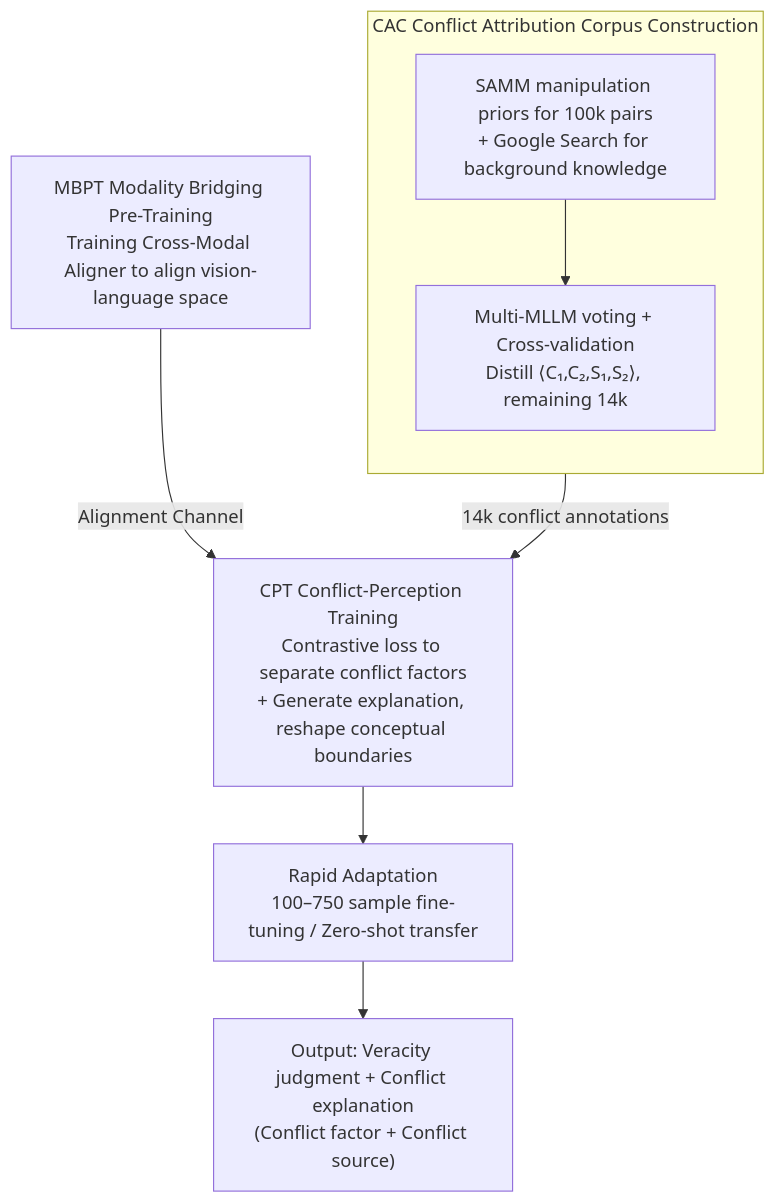
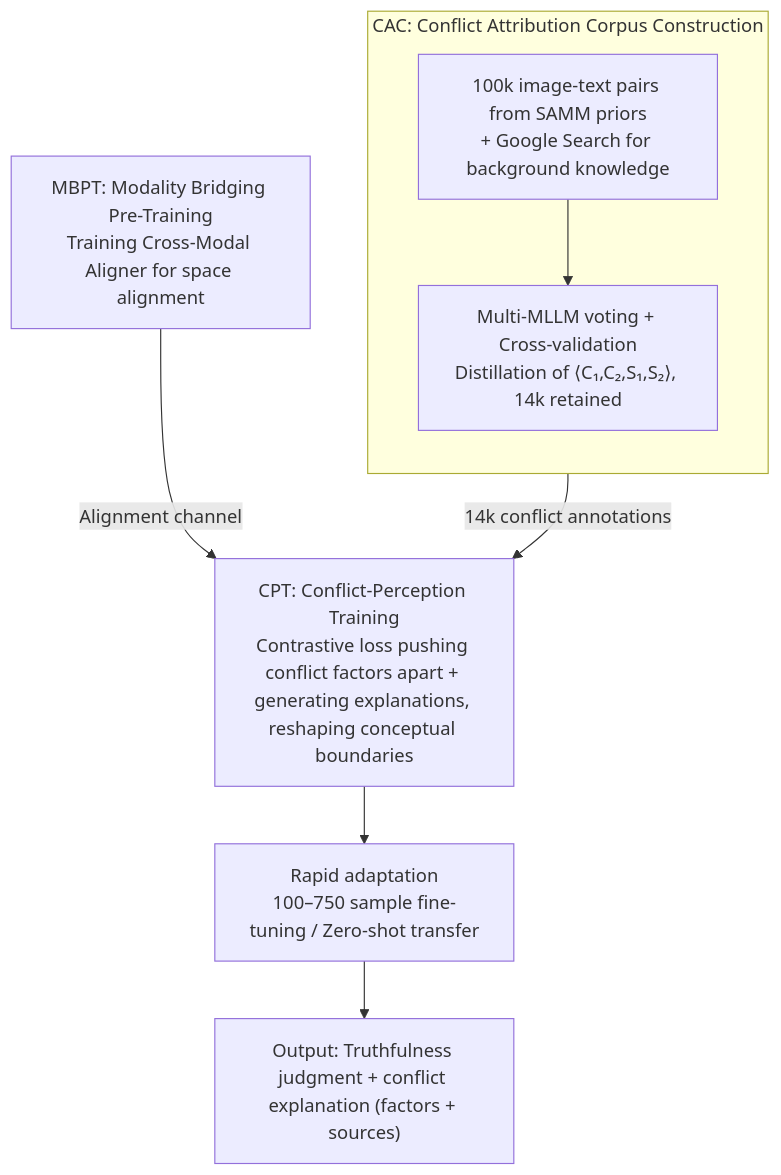
Before and after one commit to zhaoyang97/Paper-Notes-en: the diagram in docs/ICML2026/aigc_detection/core_conflict-oriented_reasoning_for_general_multimodal_manipulation_detection.md, drawn with Mermaid. The commit also changed other lines of this file and 5084 other files, not shown here.

````diff
--- a/docs/ICML2026/aigc_detection/core_conflict-oriented_reasoning_for_general_multimodal_manipulation_detection.md
+++ b/docs/ICML2026/aigc_detection/core_conflict-oriented_reasoning_for_general_multimodal_manipulation_detection.md
@@ -41,12 +41,12 @@
 ```mermaid
-graph TD
-    subgraph CAC["CAC Conflict Attribution Corpus Construction"]
+flowchart TD
+    subgraph CAC["CAC: Conflict Attribution Corpus Construction"]
         direction TB
-        A1["SAMM manipulation priors for 100k pairs<br/>+ Google Search for background knowledge"] --> A2["Multi-MLLM voting + Cross-validation<br/>Distill ⟨C₁,C₂,S₁,S₂⟩, remaining 14k"]
+        A1["100k image-text pairs from SAMM priors<br/>+ Google Search for background knowledge"] --> A2["Multi-MLLM voting + Cross-validation<br/>Distillation of ⟨C₁,C₂,S₁,S₂⟩, 14k retained"]
     end
-    B["MBPT Modality Bridging Pre-Training<br/>Training Cross-Modal Aligner to align vision-language space"]
+    B["MBPT: Modality Bridging Pre-Training<br/>Training Cross-Modal Aligner for space alignment"]
     CAC -->|"14k conflict annotations"| D
-    B -->|"Alignment Channel"| D["CPT Conflict-Perception Training<br/>Contrastive loss to separate conflict factors<br/>+ Generate explanation, reshape conceptual boundaries"]
-    D --> E["Rapid Adaptation<br/>100–750 sample fine-tuning / Zero-shot transfer"]
-    E --> F["Output: Veracity judgment + Conflict explanation<br/>(Conflict factor + Conflict source)"]
+    B -->|"Alignment channel"| D["CPT: Conflict-Perception Training<br/>Contrastive loss pushing conflict factors apart + generating explanations, reshaping conceptual boundaries"]
+    D --> E["Rapid adaptation<br/>100–750 sample fine-tuning / Zero-shot transfer"]
+    E --> F["Output: Truthfulness judgment + conflict explanation (factors + sources)"]
 ```
````
